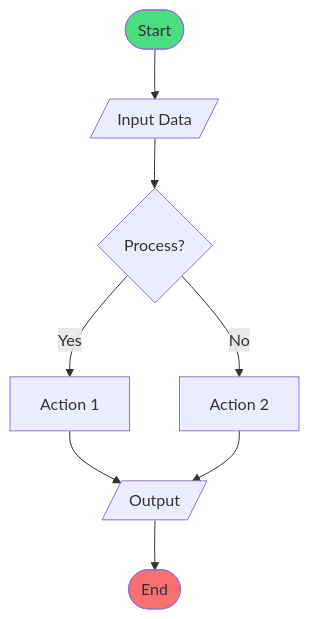
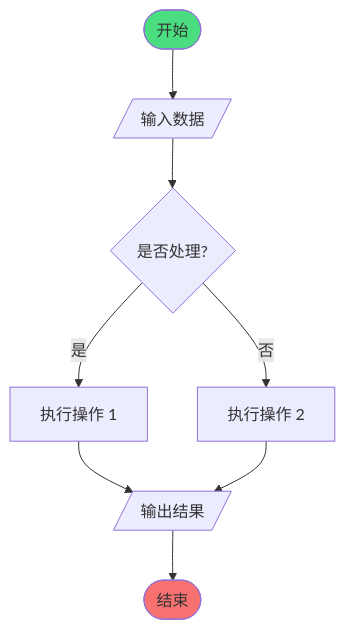
One commit to build-workbench/graph-viewer changed the second of 2 diagrams in README.md. Above: the diagram before and after it, drawn with Mermaid. The commit also changed other lines of this file and 38 other files, not shown here.

````diff
--- a/README.md
+++ b/README.md
@@ -144,13 +140,13 @@
 ```mermaid
 flowchart TD
-    Start([Start]) --> Input[/Input Data/]
-    Input --> Process{Process?}
-    Process -->|Yes| Action1[Action 1]
-    Process -->|No| Action2[Action 2]
-    Action1 --> Output[/Output/]
+    Start([开始]) --> Input[/输入数据/]
+    Input --> Process{是否处理?}
+    Process -->|是| Action1[执行操作 1]
+    Process -->|否| Action2[执行操作 2]
+    Action1 --> Output[/输出结果/]
     Action2 --> Output
-    Output --> End([End])
+    Output --> End([结束])
 
     style Start fill:#4ade80
     style End fill:#f87171
 ```
````
